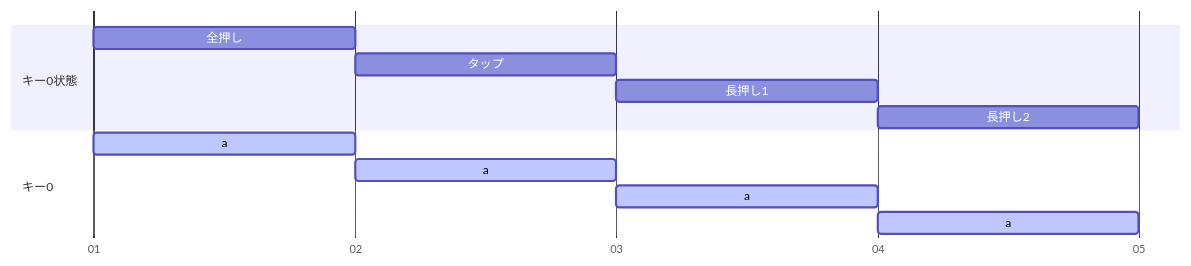
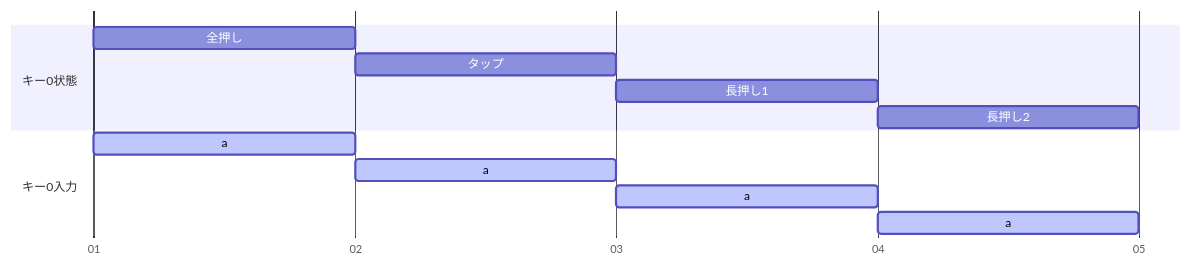
Before and after one commit to zbn10/MOKA: the third of 7 diagrams in README.md, drawn with Mermaid. The commit also changed other lines of this file, not shown here.

````diff
--- a/README.md
+++ b/README.md
@@ -181,16 +184,16 @@
 ```mermaid
 gantt
     dateFormat DD
     axisFormat %d
     tickInterval 1day
     section キー0状態
         全押し        :b1, 01, 1d
         タップ        :b2, after b1, 1d
         長押し1        :b3, after b2, 1d
         長押し2        :b4, after b3, 1d
-    section キー0
+    section キー0入力
         a         :active, a1, 01, 1d
         a         :active, a2, after a1, 1d
         a         :active, a3, after a2, 1d
         a         :active, a4, after a3, 1d
 ```
````
